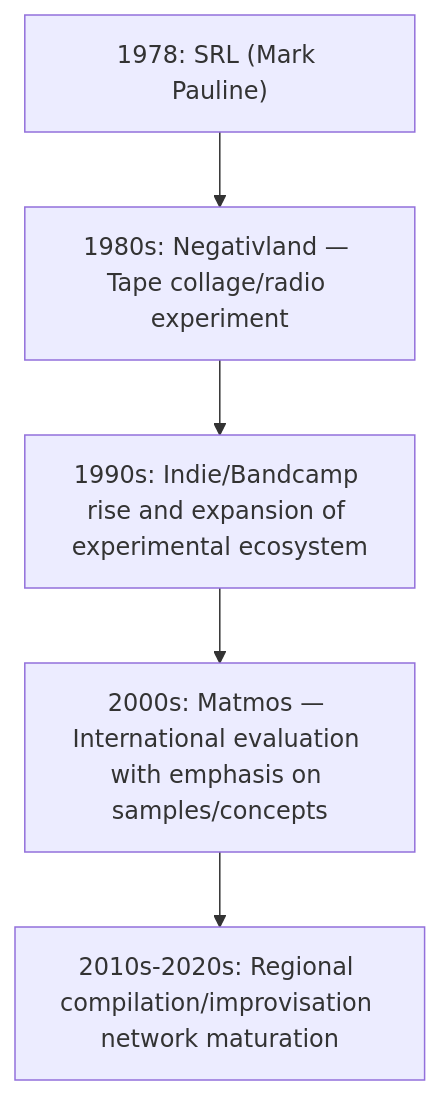
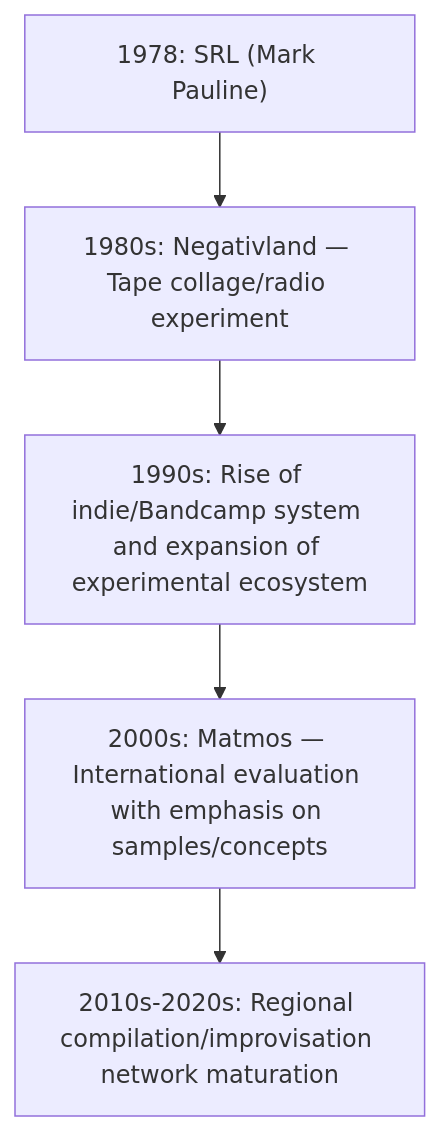
The diagram in en/_posts/2025-10-01-Column-Bay-Area-San-Francisco-Noise.md (monumental-movement/monumental-movement.github.io), drawn with Mermaid before and after one commit. The commit also changed other lines of this file and 1697 other files, not shown here.

```diff
--- a/en/_posts/2025-10-01-Column-Bay-Area-San-Francisco-Noise.md
+++ b/en/_posts/2025-10-01-Column-Bay-Area-San-Francisco-Noise.md
@@ -48,7 +48,7 @@
 <div class="mermaid">
 flowchart TD
 A["1978: SRL (Mark Pauline)"] --> B["1980s: Negativland — Tape collage/radio experiment"]
-B --> C["1990s: Indie/Bandcamp rise and expansion of experimental ecosystem"]
+B --> C["1990s: Rise of indie/Bandcamp system and expansion of experimental ecosystem"]
 C --> D["2000s: Matmos — International evaluation with emphasis on samples/concepts"]
 D --> E["2010s-2020s: Regional compilation/improvisation network maturation"]
 </div>
```
